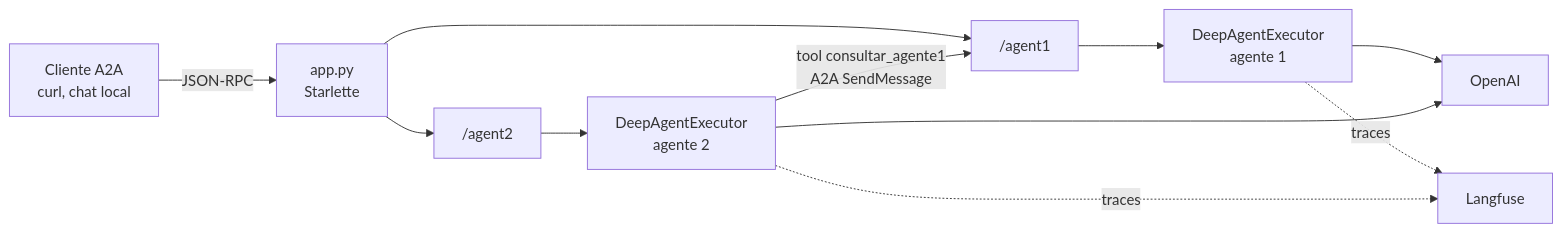
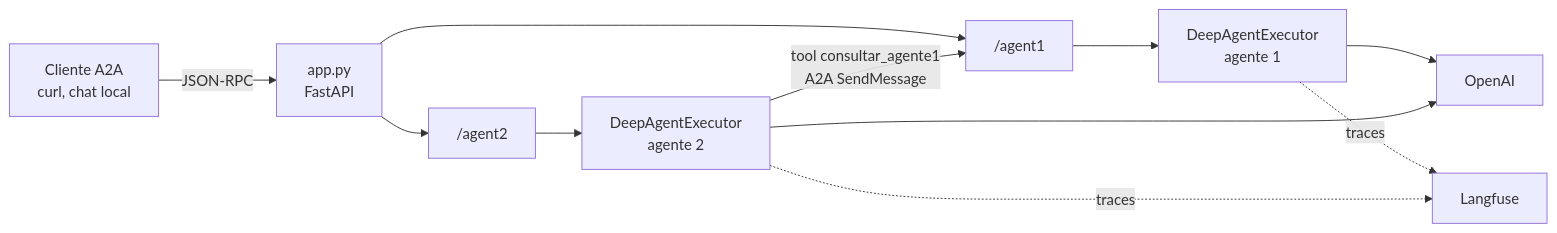
The first of 4 diagrams in README.md (renansantosmendes/a2a_server), drawn with Mermaid before and after one commit. The commit also changed other lines of this file and 3 other files, not shown here.

First line of the commit message:
Build the application with FastAPI

````diff
--- a/README.md
+++ b/README.md
@@ -24,13 +24,13 @@
 ```mermaid
 flowchart LR
-    client["Cliente A2A<br/>curl, chat local"] -->|JSON-RPC| app["app.py<br/>Starlette"]
+    client["Cliente A2A<br/>curl, chat local"] -->|JSON-RPC| app["app.py<br/>FastAPI"]
     app --> r2["/agent2"]
     app --> r1["/agent1"]
     r2 --> e2["DeepAgentExecutor<br/>agente 2"]
     r1 --> e1["DeepAgentExecutor<br/>agente 1"]
     e2 -->|"tool consultar_agente1<br/>A2A SendMessage"| r1
     e1 --> openai["OpenAI"]
     e2 --> openai
     e1 -.->|traces| langfuse["Langfuse"]
     e2 -.->|traces| langfuse
 ```
````
